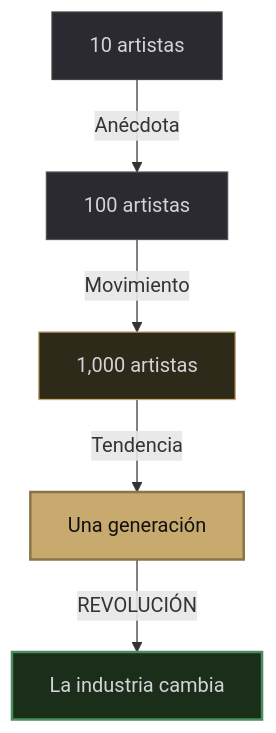
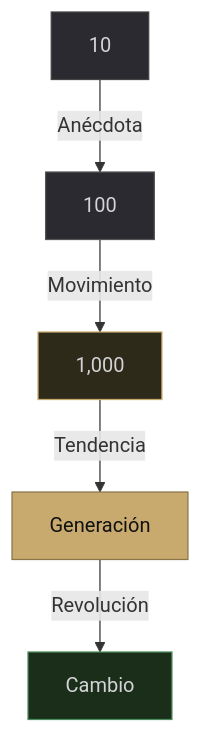
The second of 2 diagrams in manifiesto.md (groovesart/grooves-docs), drawn with Mermaid before and after one commit. The commit also changed other lines of this file, not shown here.

````diff
--- a/manifiesto.md
+++ b/manifiesto.md
@@ -60,12 +58,12 @@
 ```mermaid
 graph TB
-    A[10 artistas] -->|Anécdota| B[100 artistas]
-    B -->|Movimiento| C[1,000 artistas]
-    C -->|Tendencia| D[Una generación]
-    D -->|REVOLUCIÓN| E[La industria cambia]
+    A[10] -->|Anécdota| B[100]
+    B -->|Movimiento| C[1,000]
+    C -->|Tendencia| D[Generación]
+    D -->|Revolución| E[Cambio]
     style A fill:#2a2a30,color:#d4d4d8,stroke:#444
     style B fill:#2a2a30,color:#d4d4d8,stroke:#555
     style C fill:#2e2a1a,color:#d4d4d8,stroke:#C8A96E
-    style D fill:#C8A96E,color:#111,stroke:#8a7548,stroke-width:2px
-    style E fill:#1a2e1a,color:#d4d4d8,stroke:#4a8c5c,stroke-width:2px
+    style D fill:#C8A96E,color:#111,stroke:#8a7548
+    style E fill:#1a2e1a,color:#d4d4d8,stroke:#4a8c5c
 ```
````
